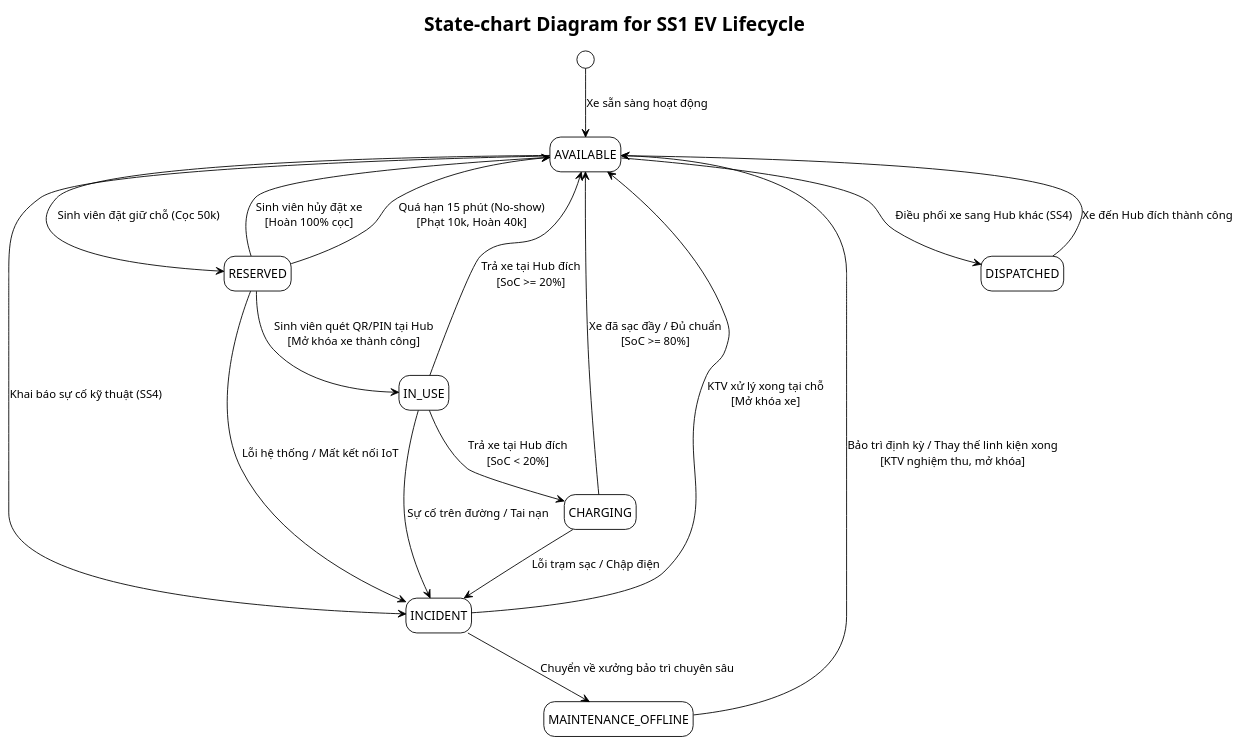
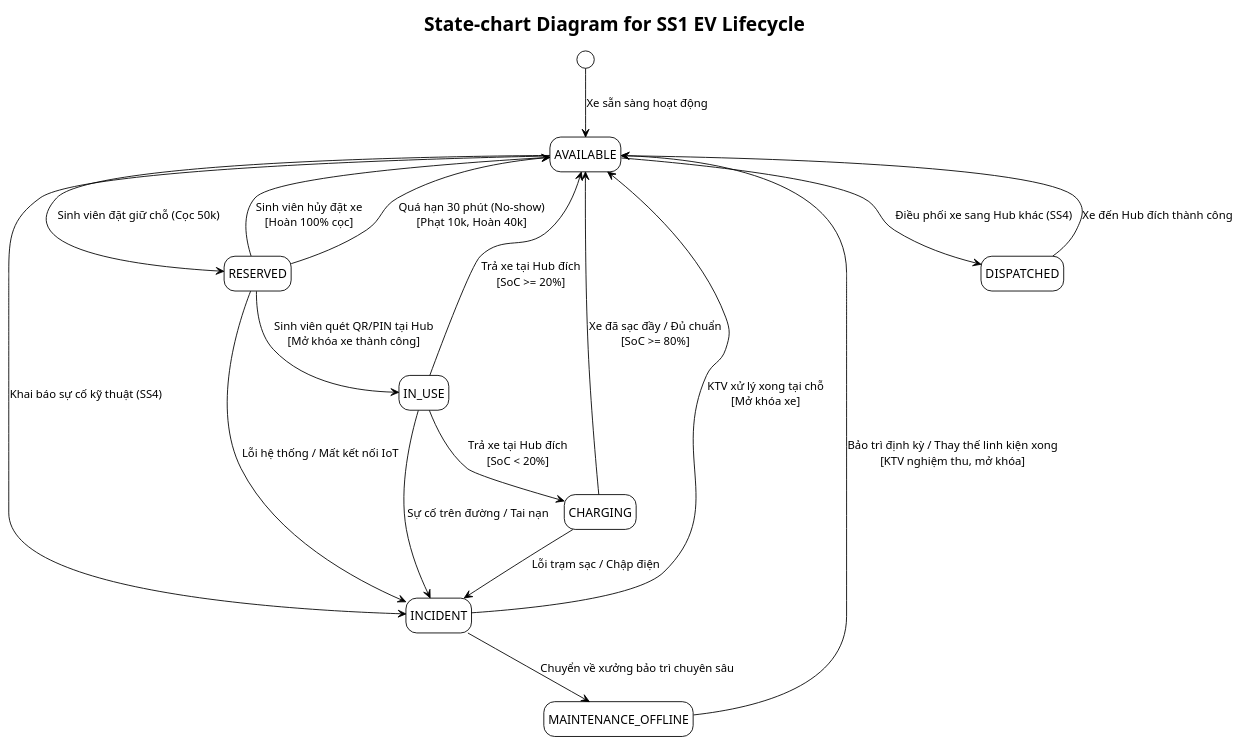
The diagram in docs/diagrams/Use-case detail-scenario/SS1/State-chart diagrams/UC_SS1_NguyenThanhDat_statechart.puml (Dat-nguyen195/BTL_1_CNPM), drawn with PlantUML before and after one commit. The commit also changed 142 other files, not shown here.

```diff
--- a/docs/diagrams/Use-case detail-scenario/SS1/State-chart diagrams/UC_SS1_NguyenThanhDat_statechart.puml
+++ b/docs/diagrams/Use-case detail-scenario/SS1/State-chart diagrams/UC_SS1_NguyenThanhDat_statechart.puml
@@ -1,38 +1,38 @@
 @startuml UC_SS1_NguyenThanhDat_statechart
 !theme plain
 hide empty description
 
 title State-chart Diagram for SS1 EV Lifecycle
 
 [*] --> AVAILABLE : Xe sẵn sàng hoạt động
 
 state AVAILABLE
 state RESERVED
 state IN_USE
 state CHARGING
 state DISPATCHED
 state INCIDENT
 state MAINTENANCE_OFFLINE
 
 AVAILABLE --> RESERVED : Sinh viên đặt giữ chỗ (Cọc 50k)
 RESERVED --> AVAILABLE : Sinh viên hủy đặt xe\n[Hoàn 100% cọc]
-RESERVED --> AVAILABLE : Quá hạn 15 phút (No-show)\n[Phạt 10k, Hoàn 40k]
+RESERVED --> AVAILABLE : Quá hạn 30 phút (No-show)\n[Phạt 10k, Hoàn 40k]
 RESERVED --> IN_USE : Sinh viên quét QR/PIN tại Hub\n[Mở khóa xe thành công]
 
 IN_USE --> AVAILABLE : Trả xe tại Hub đích\n[SoC >= 20%]
 IN_USE --> CHARGING : Trả xe tại Hub đích\n[SoC < 20%]
 CHARGING --> AVAILABLE : Xe đã sạc đầy / Đủ chuẩn\n[SoC >= 80%]
 
 AVAILABLE --> DISPATCHED : Điều phối xe sang Hub khác (SS4)
 DISPATCHED --> AVAILABLE : Xe đến Hub đích thành công
 
 AVAILABLE --> INCIDENT : Khai báo sự cố kỹ thuật (SS4)
 RESERVED --> INCIDENT : Lỗi hệ thống / Mất kết nối IoT
 IN_USE --> INCIDENT : Sự cố trên đường / Tai nạn
 CHARGING --> INCIDENT : Lỗi trạm sạc / Chập điện
 
 INCIDENT --> MAINTENANCE_OFFLINE : Chuyển về xưởng bảo trì chuyên sâu
 INCIDENT --> AVAILABLE : KTV xử lý xong tại chỗ\n[Mở khóa xe]
 MAINTENANCE_OFFLINE --> AVAILABLE : Bảo trì định kỳ / Thay thế linh kiện xong\n[KTV nghiệm thu, mở khóa]
 
 @enduml
```
